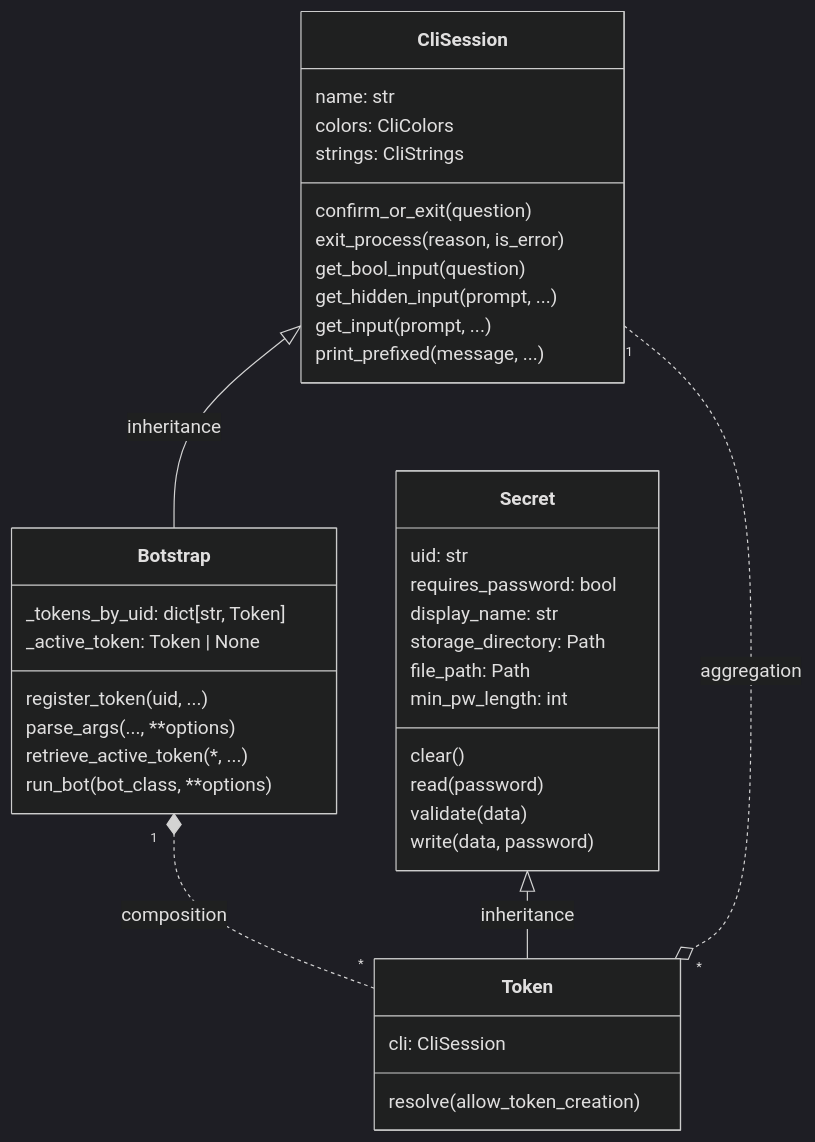
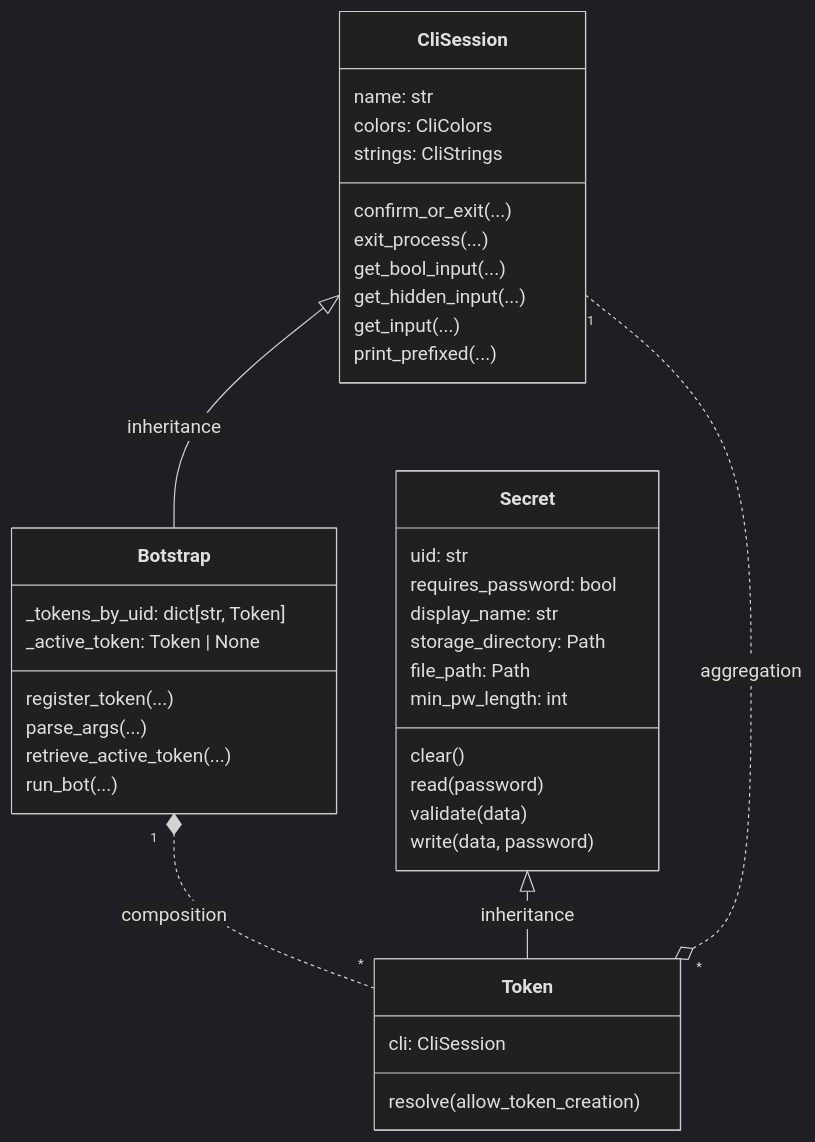
One commit to nuztalgia/botstrap changed the diagram in docs/internal/token.md. Above: the diagram before and after it, drawn with Mermaid (dark theme). The commit also changed 3 other files, not shown here.

Commit message:
Rearrange parameters and clarify docs/examples for main Botstrap flow.

````diff
--- a/docs/internal/token.md
+++ b/docs/internal/token.md
@@ -9,49 +9,49 @@
       ```mermaid
       classDiagram
           direction BT
           class Token {
               cli: CliSession
               resolve(allow_token_creation)
           }
           class Botstrap {
               _tokens_by_uid: dict[str, Token]
               _active_token: Token | None
-              register_token(uid, ...)
-              parse_args(..., **options)
-              retrieve_active_token(*, ...)
-              run_bot(bot_class, **options)
+              register_token(...)
+              parse_args(...)
+              retrieve_active_token(...)
+              run_bot(...)
           }
           class Secret {
               uid: str
               requires_password: bool
               display_name: str
               storage_directory: Path
               file_path: Path
               min_pw_length: int
               clear()
               read(password)
               validate(data)
               write(data, password)
           }
           class CliSession {
               name: str
               colors: CliColors
               strings: CliStrings
-              confirm_or_exit(question)
-              exit_process(reason, is_error)
-              get_bool_input(question)
-              get_hidden_input(prompt, ...)
-              get_input(prompt, ...)
-              print_prefixed(message, ...)
+              confirm_or_exit(...)
+              exit_process(...)
+              get_bool_input(...)
+              get_hidden_input(...)
+              get_input(...)
+              print_prefixed(...)
           }
 
           Token --|> Secret : inheritance
           Token "*" ..* "1" Botstrap : composition
           Botstrap --|> CliSession : inheritance
           CliSession "1" ..o "*" Token : aggregation
 
           link Token "#"
           link Botstrap "../../api/botstrap/"
           link CliSession "../cli-session/"
           link Secret "../secret/"
       ```
````
